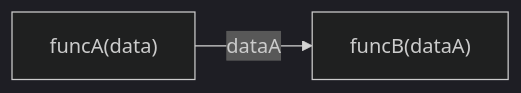
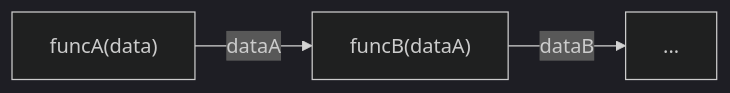
The diagram in function/函数组合.md (yoyoyohamapi/books-underscore-analysis), drawn with Mermaid (dark theme) before and after one commit.

```diff
--- a/function/函数组合.md
+++ b/function/函数组合.md
@@ -10,4 +10,4 @@
 {% mermaid %}
 graph LR;
-A["funcA(data)"]-- dataA -->B["funcB(dataA)"];
+A["funcA(data)"]-- dataA -->B["funcB(dataA)"]-- dataB -->...;
 {% endmermaid %}
```
